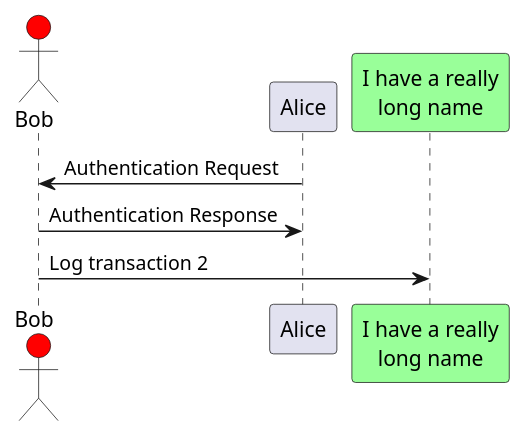
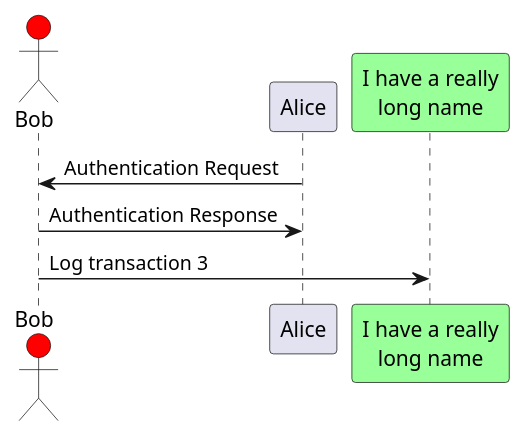
The diagram in diagrams/test.puml (rafaelbrandaof/test.plantuml-action), drawn with PlantUML before and after one commit.

```diff
--- a/diagrams/test.puml
+++ b/diagrams/test.puml
@@ -1,14 +1,14 @@
 @startuml
 actor Bob #red
 ' The only difference between actor
 'and participant is the drawing
 participant Alice
 participant "I have a really\nlong name" as L #99FF99
 /' You can also declare:
    participant L as "I have a really\nlong name"  #99FF99
   '/
 
 Alice->Bob: Authentication Request
 Bob->Alice: Authentication Response
-Bob->L: Log transaction 2
+Bob->L: Log transaction 3
 @enduml
```
